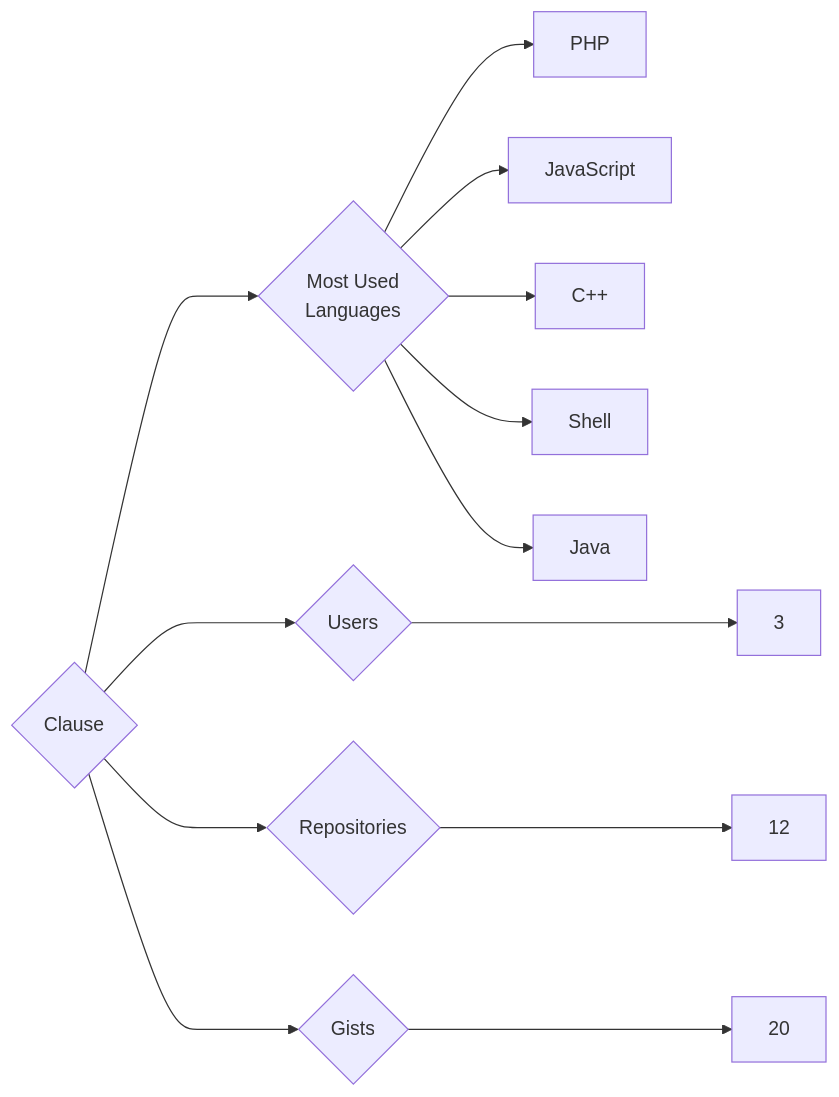
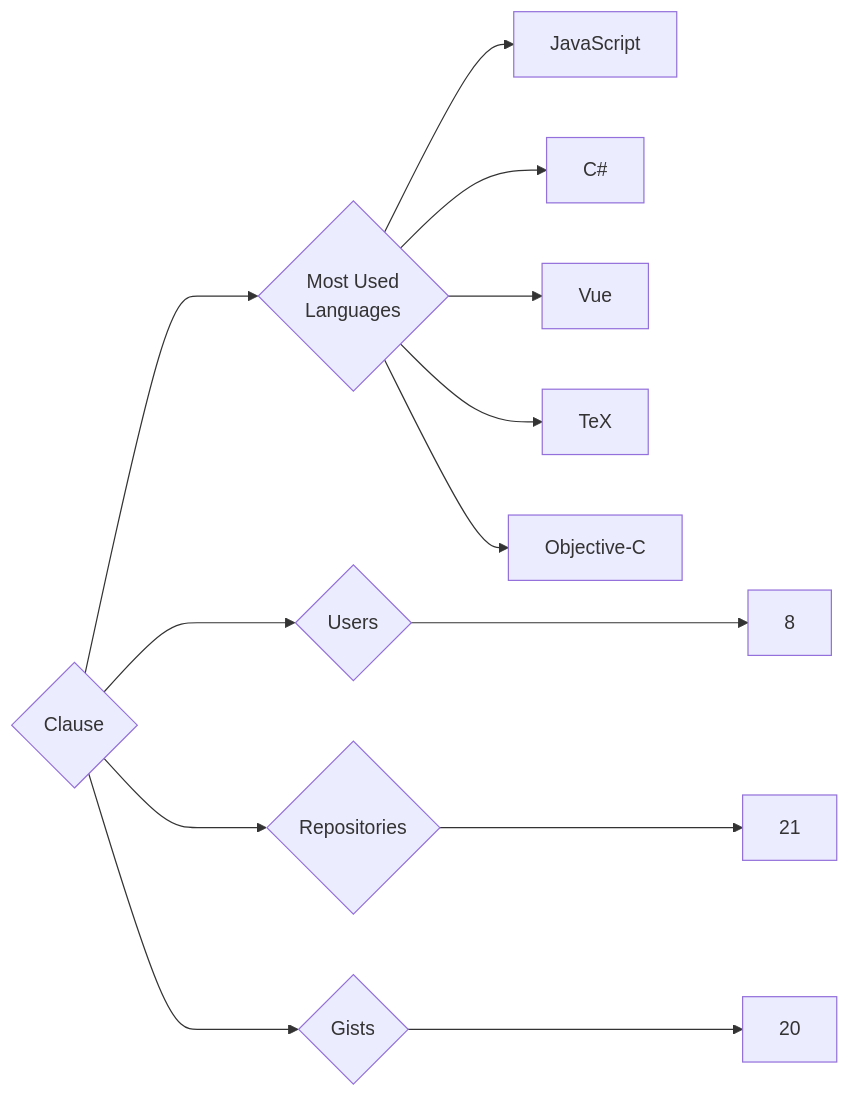
Before and after one commit to trickest/insiders: the diagram in targets/Clause/README.md, drawn with Mermaid. The commit also changed 891 other files, not shown here.

````diff
--- a/targets/Clause/README.md
+++ b/targets/Clause/README.md
@@ -3,13 +3,13 @@
 ```mermaid
 graph LR
 COMPANY_NAME{Clause}
-COMPANY_NAME ---> U{Users} ---> UN[3]
-COMPANY_NAME ---> R{Repositories} ---> RN[12]
+COMPANY_NAME ---> U{Users} ---> UN[8]
+COMPANY_NAME ---> R{Repositories} ---> RN[21]
 COMPANY_NAME ---> G{Gists} ---> GN[20]
 COMPANY_NAME ---> ML{Most Used<br>Languages}
-ML --> PHP[PHP]
 ML --> JavaScript[JavaScript]
-ML --> C++[C++]
-ML --> Shell[Shell]
-ML --> Java[Java]
+ML --> C#[C#]
+ML --> Vue[Vue]
+ML --> TeX[TeX]
+ML --> Objective-C[Objective-C]
 ```
````
